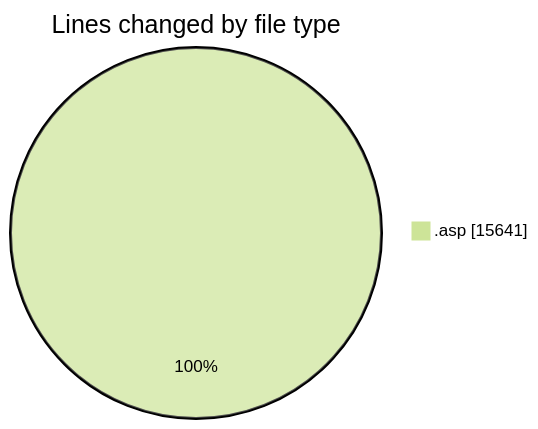
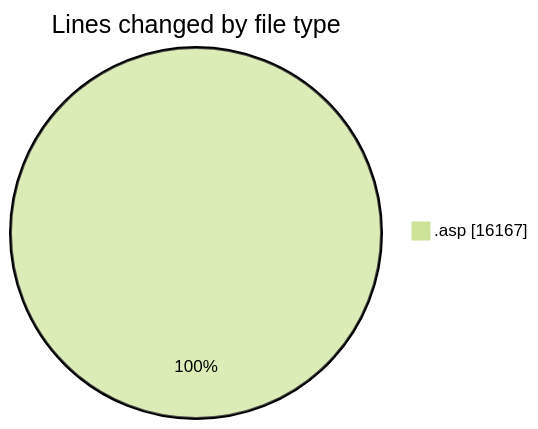
The first of 2 diagrams in 2025-11-14/cdp_aleoudev_fr__workspace_/README.md (julien-gomy/code-tracking), drawn with Mermaid (forest theme) before and after one commit. The commit also changed other lines of this file and 1 other file, not shown here.

````diff
--- a/2025-11-14/cdp_aleoudev_fr__workspace_/README.md
+++ b/2025-11-14/cdp_aleoudev_fr__workspace_/README.md
@@ -31,5 +32,5 @@
 ```mermaid
 pie showData
 title Lines changed by file type
-".asp" : 15641
+".asp" : 16167
 ```
````
